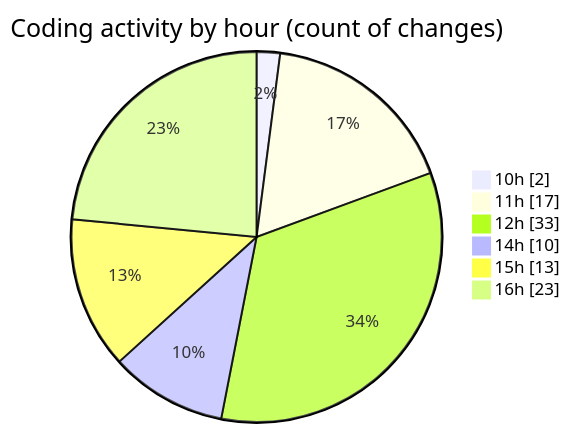
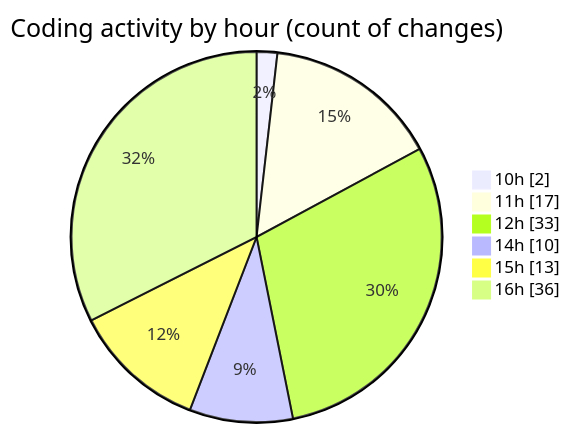
Before and after one commit to nxtqubesakshisongat/code-tracking: the second of 2 diagrams in 2025-05-14/argos-dev/README.md, drawn with Mermaid. The commit also changed other lines of this file and 1 other file, not shown here.

````diff
--- a/2025-05-14/argos-dev/README.md
+++ b/2025-05-14/argos-dev/README.md
@@ -35,10 +35,10 @@
 ```mermaid
 pie showData
 title Coding activity by hour (count of changes)
 "10h" : 2
 "11h" : 17
 "12h" : 33
 "14h" : 10
 "15h" : 13
-"16h" : 23
+"16h" : 36
 ```
````
